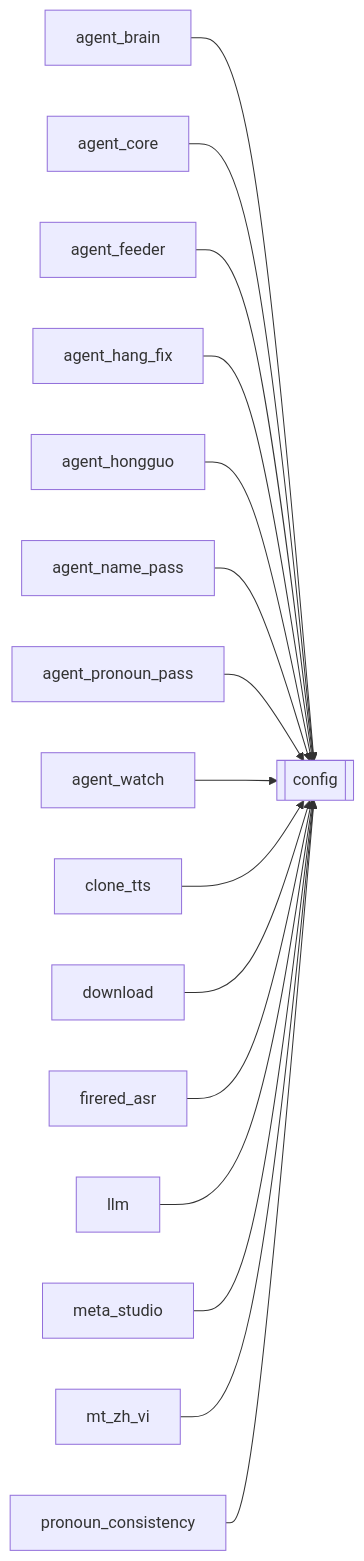
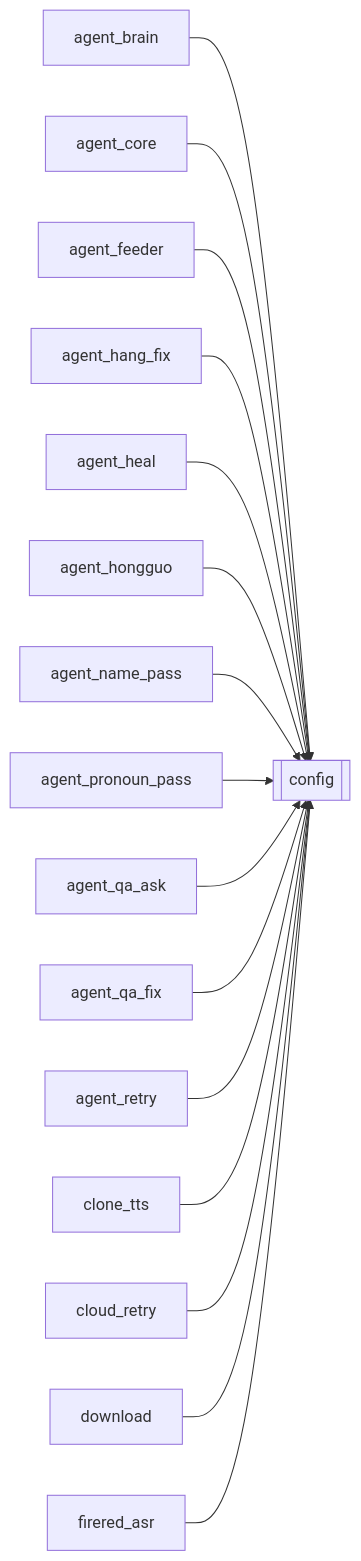
The diagram in docs/brain/modules/config.md (kjza178/PineLineV4), drawn with Mermaid before and after one commit. The commit also changed other lines of this file and 200 other files, not shown here.

````diff
--- a/docs/brain/modules/config.md
+++ b/docs/brain/modules/config.md
@@ -17,19 +17,19 @@
 ```mermaid
 flowchart LR
   config[[config]]
   agent_brain[agent_brain] --> config
   agent_core[agent_core] --> config
   agent_feeder[agent_feeder] --> config
   agent_hang_fix[agent_hang_fix] --> config
+  agent_heal[agent_heal] --> config
   agent_hongguo[agent_hongguo] --> config
   agent_name_pass[agent_name_pass] --> config
   agent_pronoun_pass[agent_pronoun_pass] --> config
-  agent_watch[agent_watch] --> config
+  agent_qa_ask[agent_qa_ask] --> config
+  agent_qa_fix[agent_qa_fix] --> config
+  agent_retry[agent_retry] --> config
   clone_tts[clone_tts] --> config
+  cloud_retry[cloud_retry] --> config
   download[download] --> config
   firered_asr[firered_asr] --> config
-  llm[llm] --> config
-  meta_studio[meta_studio] --> config
-  mt_zh_vi[mt_zh_vi] --> config
-  pronoun_consistency[pronoun_consistency] --> config
 ```
````
